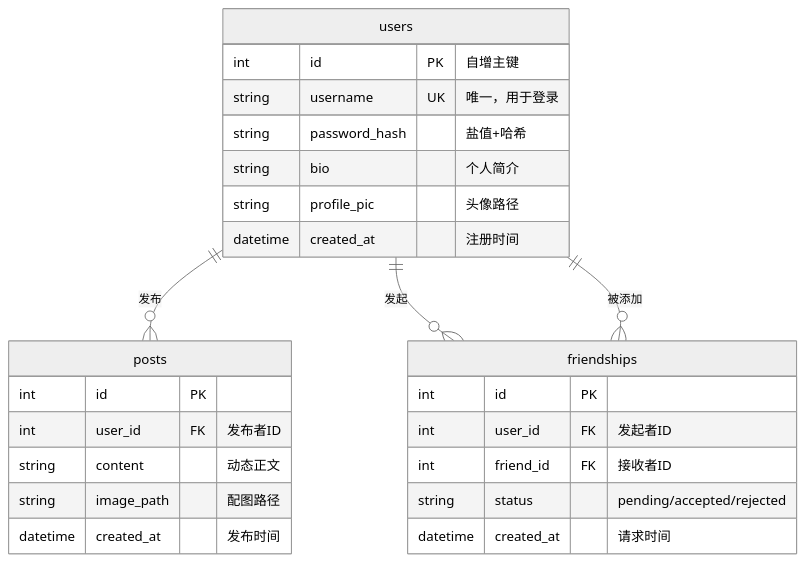
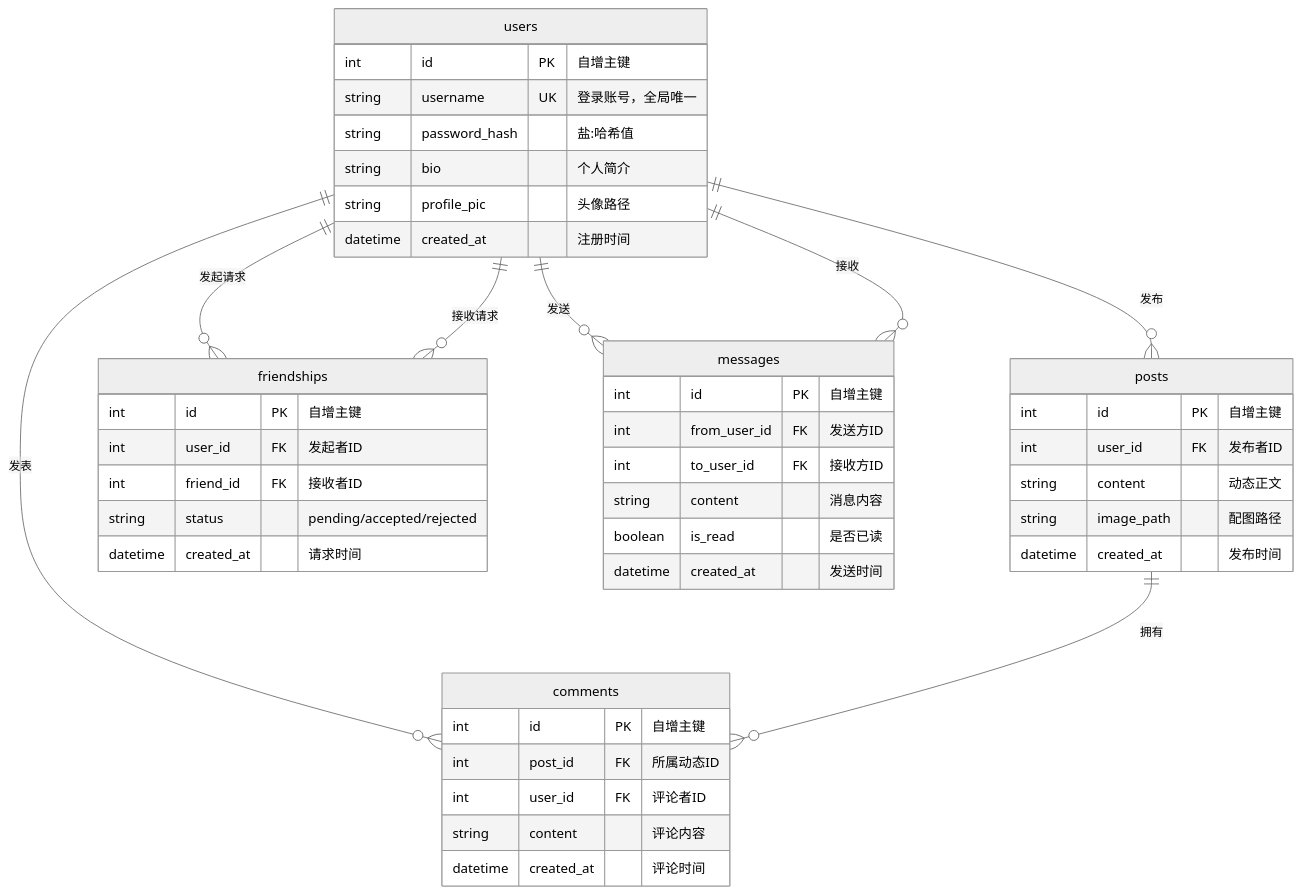
The second of 9 diagrams in docs/需求规格说明书.md (Hpaaon/WhuTalk), drawn with Mermaid (neutral theme) before and after one commit. The commit also changed other lines of this file and 3 other files, not shown here.

````diff
--- a/docs/需求规格说明书.md
+++ b/docs/需求规格说明书.md
@@ -73,32 +141,53 @@
 ```mermaid
 erDiagram
     users {
         int id PK "自增主键"
-        string username UK "唯一，用于登录"
-        string password_hash "盐值+哈希"
+        string username UK "登录账号，全局唯一"
+        string password_hash "盐:哈希值"
         string bio "个人简介"
         string profile_pic "头像路径"
         datetime created_at "注册时间"
     }
 
     posts {
-        int id PK
+        int id PK "自增主键"
         int user_id FK "发布者ID"
         string content "动态正文"
         string image_path "配图路径"
         datetime created_at "发布时间"
     }
 
+    comments {
+        int id PK "自增主键"
+        int post_id FK "所属动态ID"
+        int user_id FK "评论者ID"
+        string content "评论内容"
+        datetime created_at "评论时间"
+    }
+
     friendships {
-        int id PK
+        int id PK "自增主键"
         int user_id FK "发起者ID"
         int friend_id FK "接收者ID"
         string status "pending/accepted/rejected"
         datetime created_at "请求时间"
     }
 
+    messages {
+        int id PK "自增主键"
+        int from_user_id FK "发送方ID"
+        int to_user_id FK "接收方ID"
+        string content "消息内容"
+        boolean is_read "是否已读"
+        datetime created_at "发送时间"
+    }
+
     %% 关系定义
     users ||--o{ posts : "发布"
-    users ||--o{ friendships : "发起"
-    users ||--o{ friendships : "被添加"
+    users ||--o{ comments : "发表"
+    users ||--o{ friendships : "发起请求"
+    users ||--o{ friendships : "接收请求"
+    users ||--o{ messages : "发送"
+    users ||--o{ messages : "接收"
+    posts ||--o{ comments : "拥有"
 ```
````
